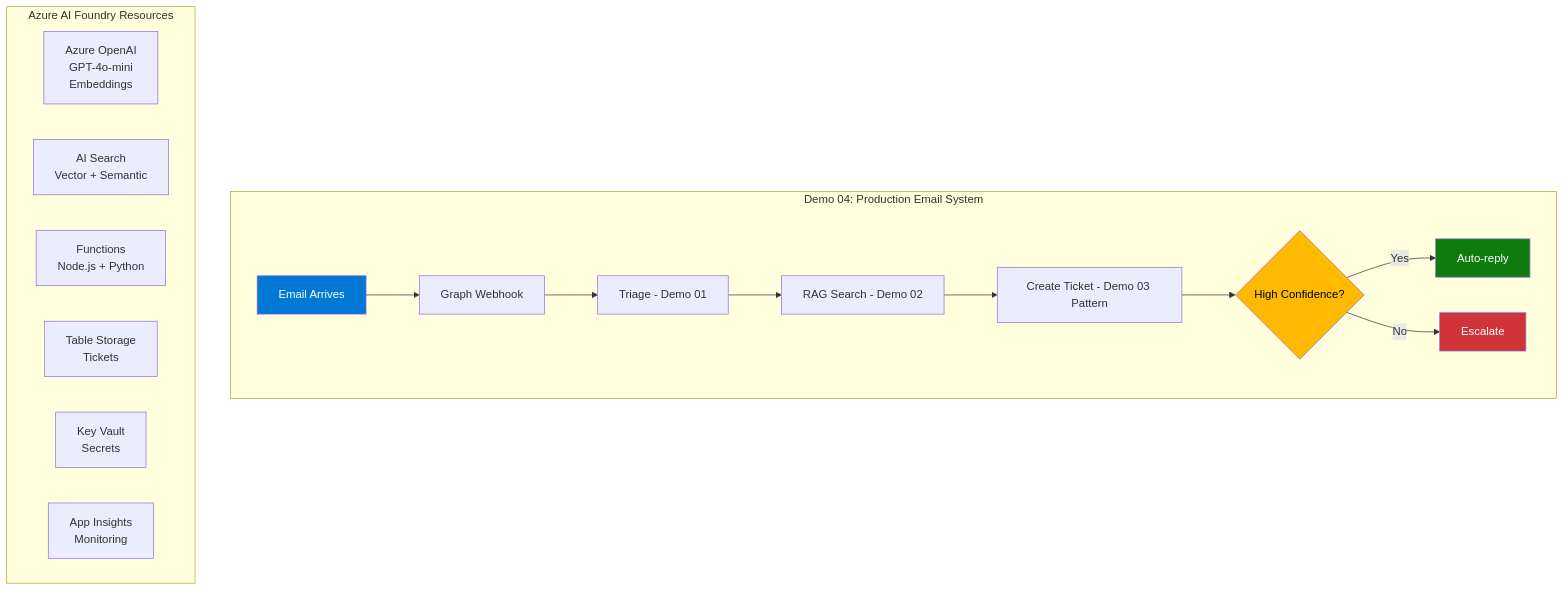
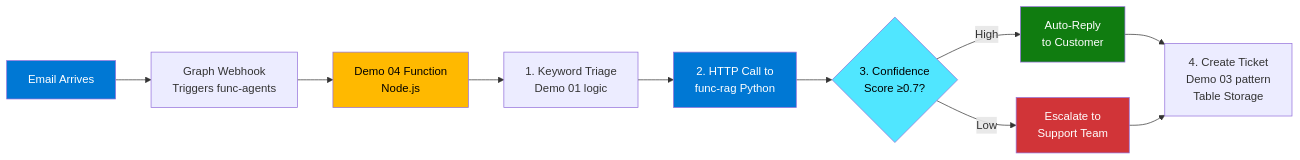
One commit to LuiseFreese/espc25-smart-support-agent changed the second of 2 diagrams in README.md. Above: the diagram before and after it, drawn with Mermaid. The commit also changed other lines of this file and 7 other files, not shown here.

Commit message:
Improve documentation: automated setup script, clearer architecture diagrams, explain demo structure

````diff
--- a/README.md
+++ b/README.md
@@ -301,26 +331,24 @@
 ```mermaid
-graph TD
-    subgraph "Demo 04: Production Email System"
-        A[Email Arrives] --> B[Graph Webhook]
-        B --> C[Triage - Demo 01]
-        C --> D[RAG Search - Demo 02]
-        D --> E[Create Ticket - Demo 03 Pattern]
-        E --> F{High Confidence?}
-        F -->|Yes| G[Auto-reply]
-        F -->|No| H[Escalate]
-    end
-
-    subgraph "Azure AI Foundry Resources"
-        I[Azure OpenAI<br/>GPT-4o-mini<br/>Embeddings]
-        J[AI Search<br/>Vector + Semantic]
-        K[Functions<br/>Node.js + Python]
-        L[Table Storage<br/>Tickets]
-        M[Key Vault<br/>Secrets]
-        N[App Insights<br/>Monitoring]
-    end
-
+graph LR
+    A[Email Arrives] --> B[Graph Webhook<br/>Triggers func-agents]
+    
+    B --> C[Demo 04 Function<br/>Node.js]
+    
+    C --> D[1. Keyword Triage<br/>Demo 01 logic]
+    D --> E[2. HTTP Call to<br/>func-rag Python]
+    
+    E --> F{3. Confidence<br/>Score ≥0.7?}
+    
+    F -->|High| G[Auto-Reply<br/>to Customer]
+    F -->|Low| H[Escalate to<br/>Support Team]
+    
+    G --> I[4. Create Ticket<br/>Demo 03 pattern<br/>Table Storage]
+    H --> I
+    
     style A fill:#0078d4,color:#fff
-    style F fill:#ffb900,color:#000
+    style C fill:#ffb900,color:#000
+    style E fill:#0078d4,color:#fff
+    style F fill:#50e6ff,color:#000
     style G fill:#107c10,color:#fff
     style H fill:#d13438,color:#fff
 ```
````
